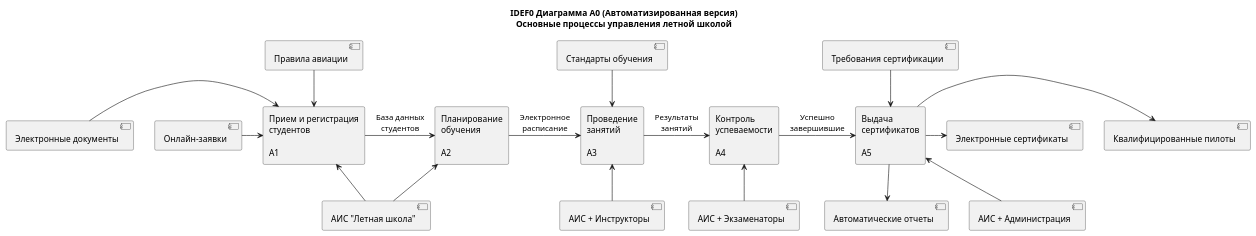
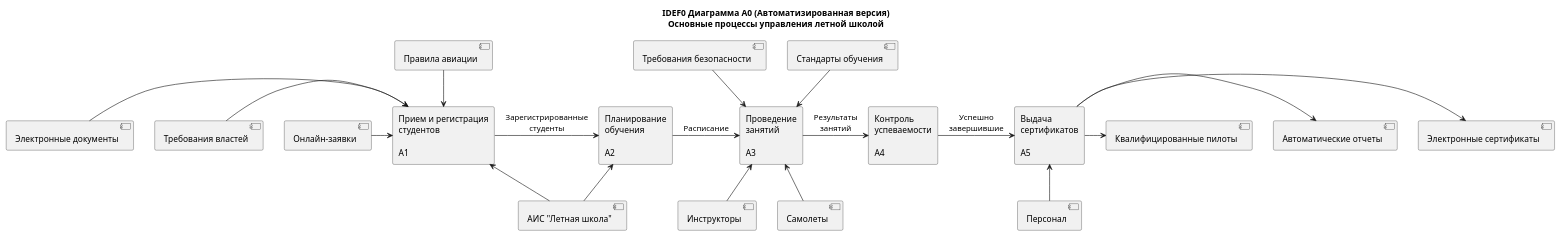
One commit to oINCLUDEo/Coursework2 changed the diagram in diagrams/idef0/automated/A0_decomposition.puml. Above: the diagram before and after it, drawn with PlantUML. The commit also changed 9 other files, not shown here.

Commit message:
Fix IDEF0 consistency: all elements in child diagrams now come from parent level

```diff
--- a/diagrams/idef0/automated/A0_decomposition.puml
+++ b/diagrams/idef0/automated/A0_decomposition.puml
@@ -1,38 +1,39 @@
 @startuml A0 Диаграмма декомпозиции (Автоматизированная)
 
 title IDEF0 Диаграмма A0 (Автоматизированная версия)\nОсновные процессы управления летной школой
 
 rectangle "Прием и регистрация\nстудентов\n\nA1" as A1
 rectangle "Планирование\nобучения\n\nA2" as A2
 rectangle "Проведение\nзанятий\n\nA3" as A3
 rectangle "Контроль\nуспеваемости\n\nA4" as A4
 rectangle "Выдача\nсертификатов\n\nA5" as A5
 
-' Входы - максимум 3
+' Входы - те же что в A-0
 [Онлайн-заявки] -right-> A1
 [Электронные документы] -right-> A1
+[Требования властей] -right-> A1
 
 ' Потоки между процессами
-A1 -right-> A2 : База данных\nстудентов
-A2 -right-> A3 : Электронное\nрасписание
+A1 -right-> A2 : Зарегистрированные\nстуденты
+A2 -right-> A3 : Расписание
 A3 -right-> A4 : Результаты\nзанятий
 A4 -right-> A5 : Успешно\nзавершившие
 
-' Управление - максимум 4
+' Управление - те же что в A-0
 [Правила авиации] -down-> A1
 [Стандарты обучения] -down-> A3
-[Требования сертификации] -down-> A5
+[Требования безопасности] -down-> A3
 
-' Выходы - максимум 4
+' Выходы - те же что в A-0
 A5 -right-> [Квалифицированные пилоты]
 A5 -right-> [Электронные сертификаты]
-A5 -down-> [Автоматические отчеты]
+A5 -right-> [Автоматические отчеты]
 
-' Механизмы - максимум 5
+' Механизмы - те же что в A-0
 [АИС "Летная школа"] -up-> A1
 [АИС "Летная школа"] -up-> A2
-[АИС + Инструкторы] -up-> A3
-[АИС + Экзаменаторы] -up-> A4
-[АИС + Администрация] -up-> A5
+[Инструкторы] -up-> A3
+[Самолеты] -up-> A3
+[Персонал] -up-> A5
 
 @enduml
```
